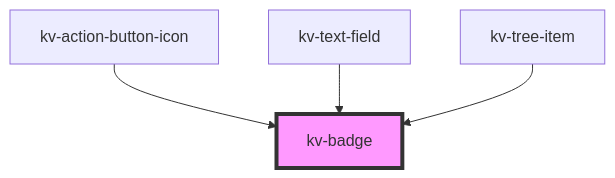
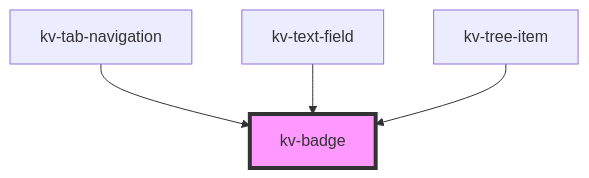
One commit to kelvininc/ui-components changed the diagram in packages/ui-components/src/components/badge/readme.md. Above: the diagram before and after it, drawn with Mermaid. The commit also changed other lines of this file and 48 other files, not shown here.

First line of the commit message:
feat!: migrate badge, tab-item and tab-navigation to design tokens

````diff
--- a/packages/ui-components/src/components/badge/readme.md
+++ b/packages/ui-components/src/components/badge/readme.md
@@ -81,7 +82,7 @@
 ```mermaid
 graph TD;
-  kv-action-button-icon --> kv-badge
+  kv-tab-navigation --> kv-badge
   kv-text-field --> kv-badge
   kv-tree-item --> kv-badge
   style kv-badge fill:#f9f,stroke:#333,stroke-width:4px
 ```
````
